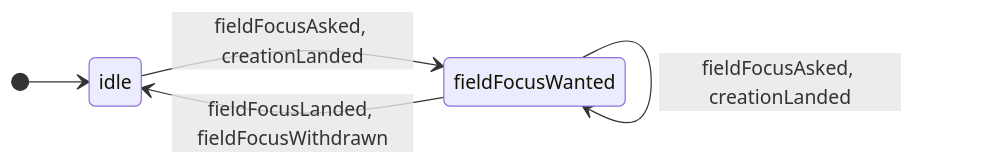
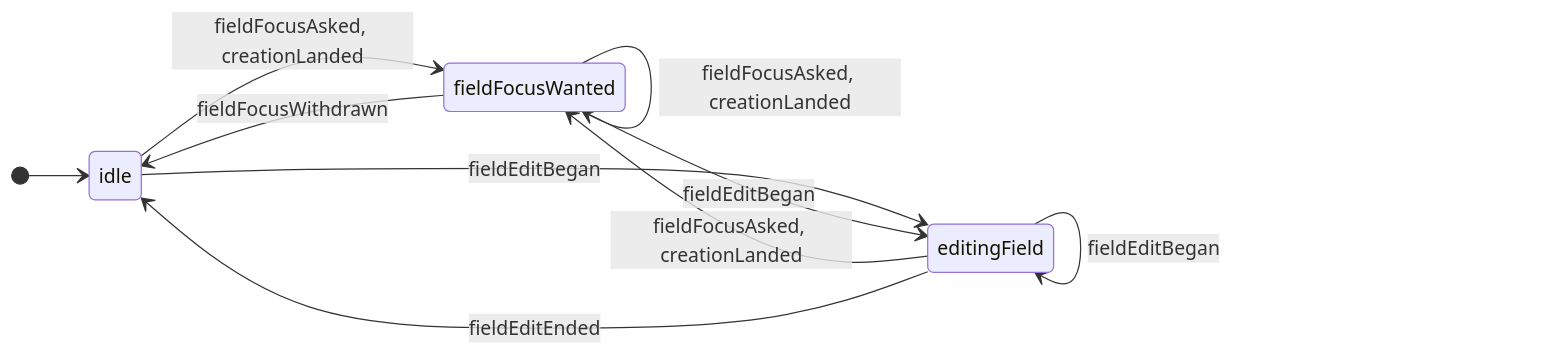
Before and after one commit to GoodRelax/gr-scheduler: diagram 20 of 21 in docs/spec/_assets/tbl-state-machines.md, drawn with Mermaid. The commit also changed other lines of this file and 15 other files, not shown here.

````diff
--- a/docs/spec/_assets/tbl-state-machines.md
+++ b/docs/spec/_assets/tbl-state-machines.md
@@ -776,10 +777,16 @@
 ```mermaid
 stateDiagram-v2
     direction LR
-    [*] --> fieldFocusWantStateMachine_idle
-    fieldFocusWantStateMachine_idle : idle
-    fieldFocusWantStateMachine_fieldFocusWanted : fieldFocusWanted
-    fieldFocusWantStateMachine_idle --> fieldFocusWantStateMachine_fieldFocusWanted : fieldFocusAsked, creationLanded
-    fieldFocusWantStateMachine_fieldFocusWanted --> fieldFocusWantStateMachine_fieldFocusWanted : fieldFocusAsked, creationLanded
-    fieldFocusWantStateMachine_fieldFocusWanted --> fieldFocusWantStateMachine_idle : fieldFocusLanded, fieldFocusWithdrawn
+    [*] --> fieldEditStateMachine_idle
+    fieldEditStateMachine_idle : idle
+    fieldEditStateMachine_fieldFocusWanted : fieldFocusWanted
+    fieldEditStateMachine_editingField : editingField
+    fieldEditStateMachine_idle --> fieldEditStateMachine_fieldFocusWanted : fieldFocusAsked, creationLanded
+    fieldEditStateMachine_fieldFocusWanted --> fieldEditStateMachine_fieldFocusWanted : fieldFocusAsked, creationLanded
+    fieldEditStateMachine_editingField --> fieldEditStateMachine_fieldFocusWanted : fieldFocusAsked, creationLanded
+    fieldEditStateMachine_idle --> fieldEditStateMachine_editingField : fieldEditBegan
+    fieldEditStateMachine_fieldFocusWanted --> fieldEditStateMachine_editingField : fieldEditBegan
+    fieldEditStateMachine_editingField --> fieldEditStateMachine_editingField : fieldEditBegan
+    fieldEditStateMachine_editingField --> fieldEditStateMachine_idle : fieldEditEnded
+    fieldEditStateMachine_fieldFocusWanted --> fieldEditStateMachine_idle : fieldFocusWithdrawn
 ```
````
